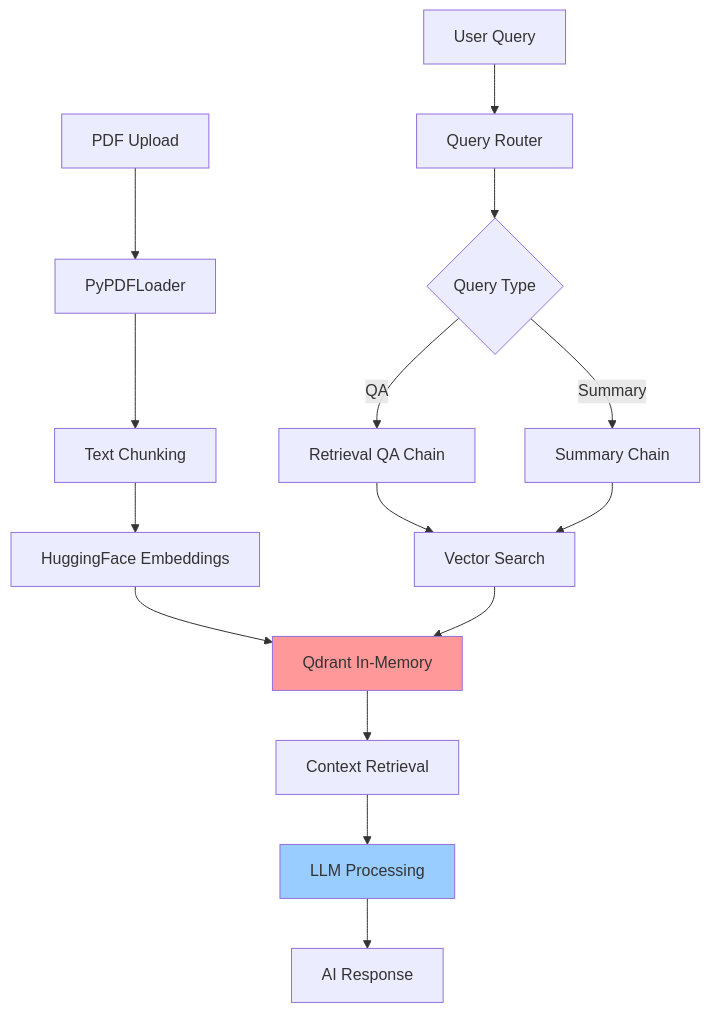
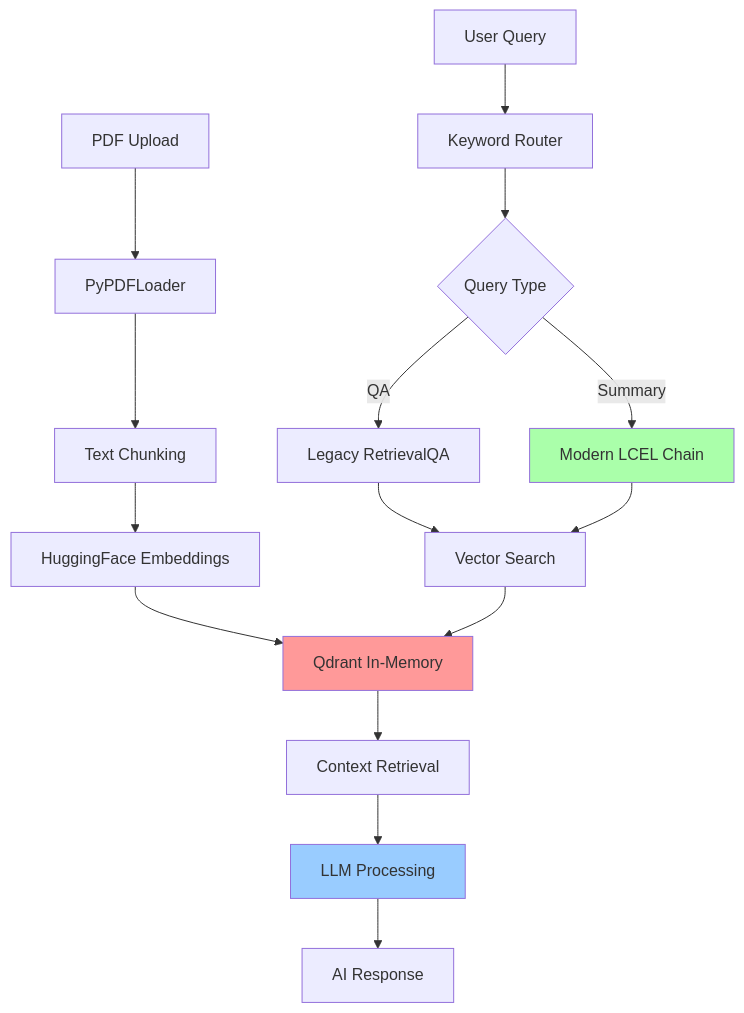
The diagram in README.md (rohitkhattar/finance-aichat-app), drawn with Mermaid before and after one commit. The commit also changed other lines of this file, not shown here.

````diff
--- a/README.md
+++ b/README.md
@@ -28,22 +28,23 @@
 ```mermaid
 graph TB
     A[PDF Upload] --> B[PyPDFLoader]
     B --> C[Text Chunking]
     C --> D[HuggingFace Embeddings]
     D --> E[Qdrant In-Memory]
     
-    F[User Query] --> G[Query Router]
+    F[User Query] --> G[Keyword Router]
     G --> H{Query Type}
-    H -->|QA| I[Retrieval QA Chain]
-    H -->|Summary| J[Summary Chain]
+    H -->|QA| I[Legacy RetrievalQA]
+    H -->|Summary| J[Modern LCEL Chain]
     
     I --> K[Vector Search]
     J --> K
     K --> E
     E --> L[Context Retrieval]
     L --> M[LLM Processing]
     M --> N[AI Response]
     
     style E fill:#ff9999
     style M fill:#99ccff
+    style J fill:#aaffaa
 ```
````
